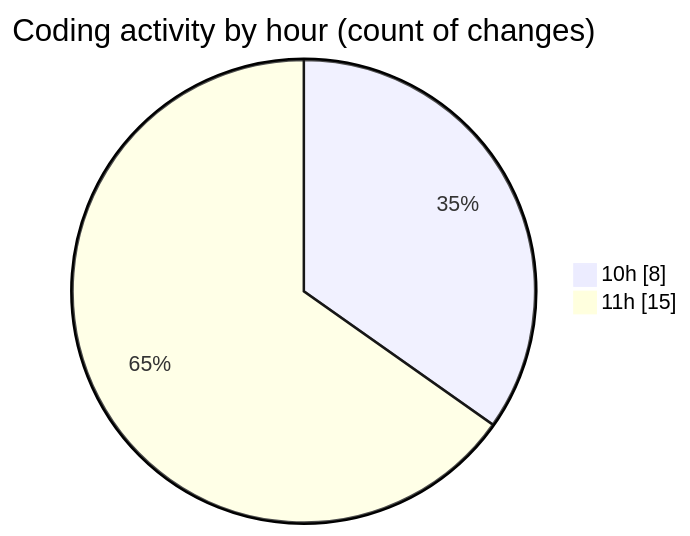
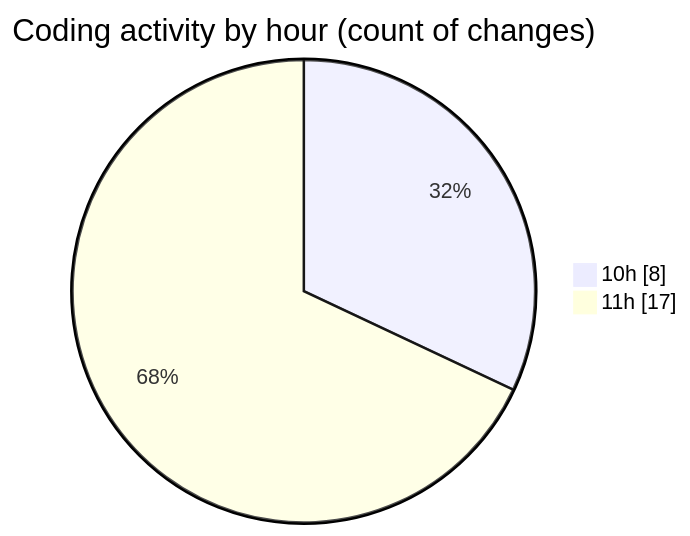
One commit to nxtqubesakshisongat/code-tracking changed the second of 2 diagrams in 2026-02-02/nxtqube_webapp/README.md. Above: the diagram before and after it, drawn with Mermaid. The commit also changed other lines of this file and 1 other file, not shown here.

````diff
--- a/2026-02-02/nxtqube_webapp/README.md
+++ b/2026-02-02/nxtqube_webapp/README.md
@@ -30,6 +30,6 @@
 ```mermaid
 pie showData
 title Coding activity by hour (count of changes)
 "10h" : 8
-"11h" : 15
+"11h" : 17
 ```
````
